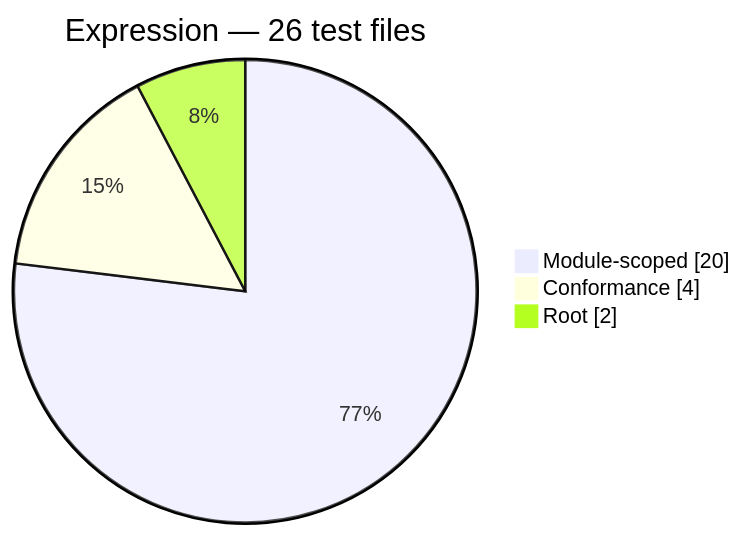
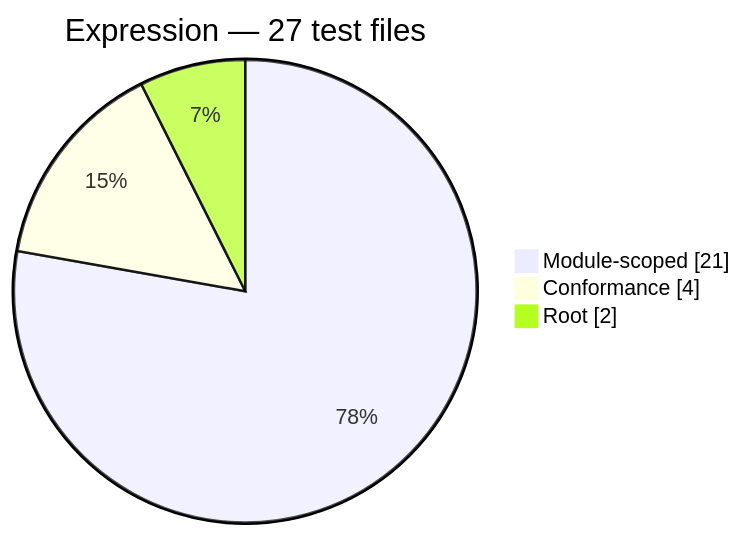
Before and after one commit to PHP-Arazzo/php-arazzo: the second of 13 diagrams in docs/generated/test-composition.md, drawn with Mermaid. The commit also changed other lines of this file and 22 other files, not shown here.

````diff
--- a/docs/generated/test-composition.md
+++ b/docs/generated/test-composition.md
@@ -30,7 +30,7 @@
 ```mermaid
 pie showData
-    title Expression — 26 test files
-    "Module-scoped": 20
+    title Expression — 27 test files
+    "Module-scoped": 21
     "Conformance": 4
     "Root": 2
 ```
````
